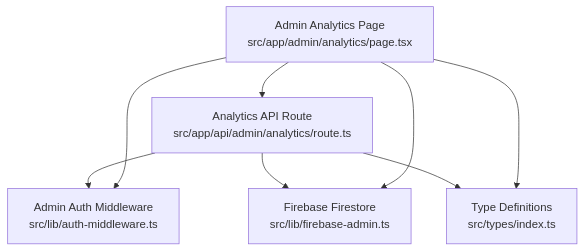
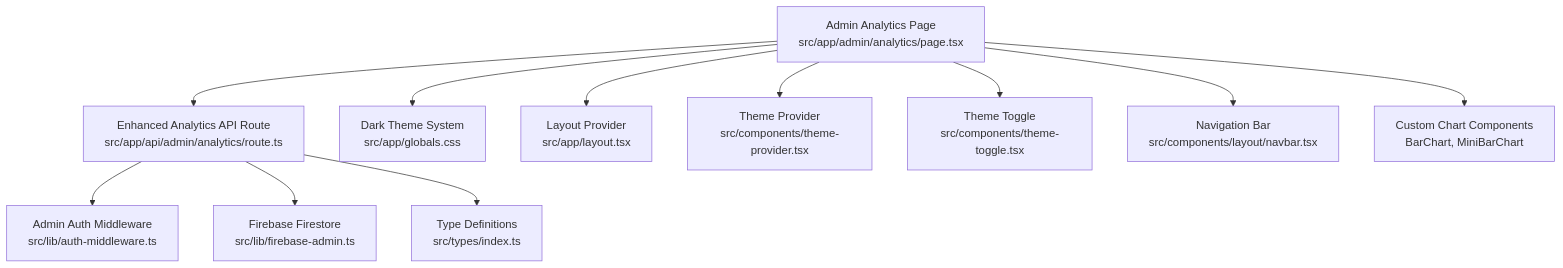
The first of 6 diagrams in .qoder/repowiki/en/content/Admin Panel/Analytics and Reporting System.md (alikizang/datafrica), drawn with Mermaid before and after one commit. The commit also changed other lines of this file and 21 other files, not shown here.

````diff
--- a/.qoder/repowiki/en/content/Admin Panel/Analytics and Reporting System.md
+++ b/.qoder/repowiki/en/content/Admin Panel/Analytics and Reporting System.md
@@ -34,10 +56,13 @@
 ```mermaid
 graph TB
-AdminUI["Admin Analytics Page<br/>src/app/admin/analytics/page.tsx"] --> API["Analytics API Route<br/>src/app/api/admin/analytics/route.ts"]
+AdminUI["Admin Analytics Page<br/>src/app/admin/analytics/page.tsx"] --> API["Enhanced Analytics API Route<br/>src/app/api/admin/analytics/route.ts"]
 API --> Auth["Admin Auth Middleware<br/>src/lib/auth-middleware.ts"]
 API --> Firestore["Firebase Firestore<br/>src/lib/firebase-admin.ts"]
 API --> Types["Type Definitions<br/>src/types/index.ts"]
-AdminUI --> Types
-AdminUI --> Auth
-AdminUI --> Firestore
+AdminUI --> Theme["Dark Theme System<br/>src/app/globals.css"]
+AdminUI --> Layout["Layout Provider<br/>src/app/layout.tsx"]
+AdminUI --> ThemeProvider["Theme Provider<br/>src/components/theme-provider.tsx"]
+AdminUI --> ThemeToggle["Theme Toggle<br/>src/components/theme-toggle.tsx"]
+AdminUI --> Navbar["Navigation Bar<br/>src/components/layout/navbar.tsx"]
+AdminUI --> ChartComponents["Custom Chart Components<br/>BarChart, MiniBarChart"]
 ```
````
